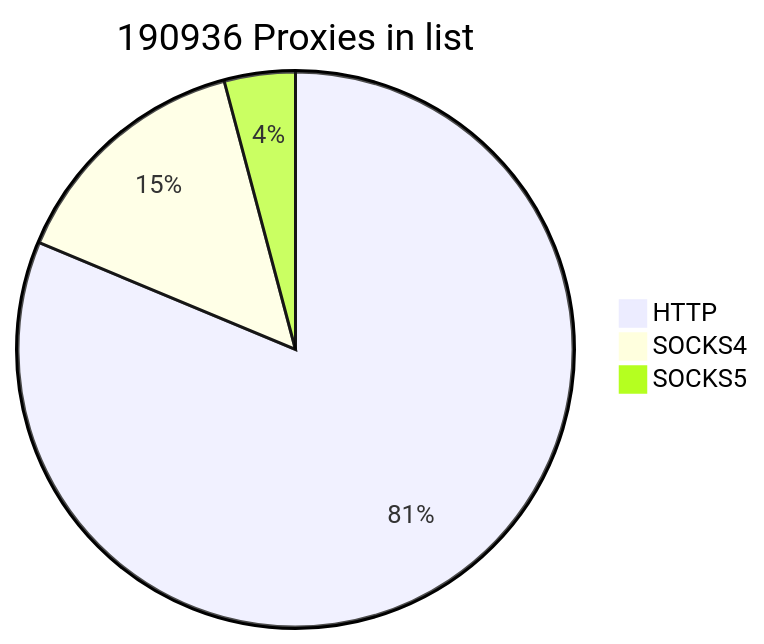
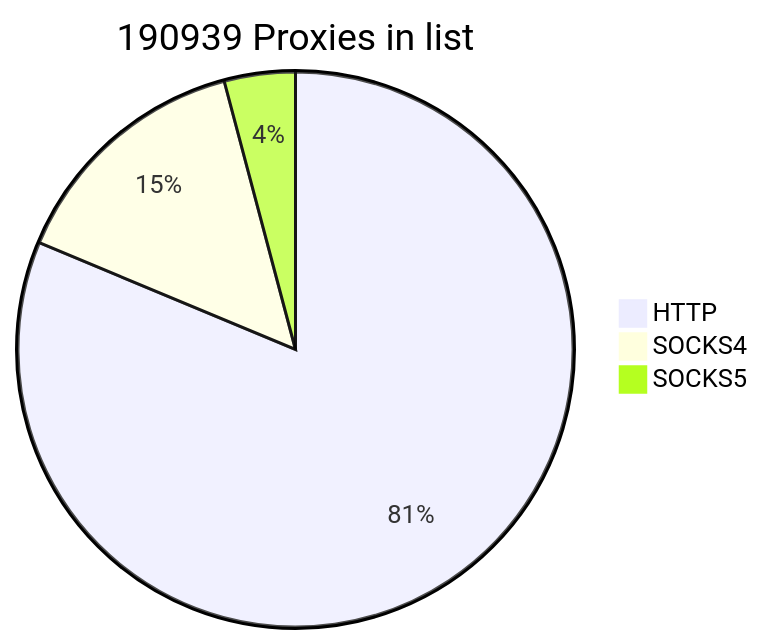
One commit to cutipu/proxylist changed the first of 2 diagrams in README.md. Above: the diagram before and after it, drawn with Mermaid. The commit also changed other lines of this file, not shown here.

````diff
--- a/README.md
+++ b/README.md
@@ -2,7 +2,7 @@
 ```mermaid
-pie title 190936 Proxies in list
-    "HTTP" : 155207
+pie title 190939 Proxies in list
+    "HTTP" : 155209
     "SOCKS4" : 27840
-    "SOCKS5" : 7889
+    "SOCKS5" : 7890
             
 ```
````
